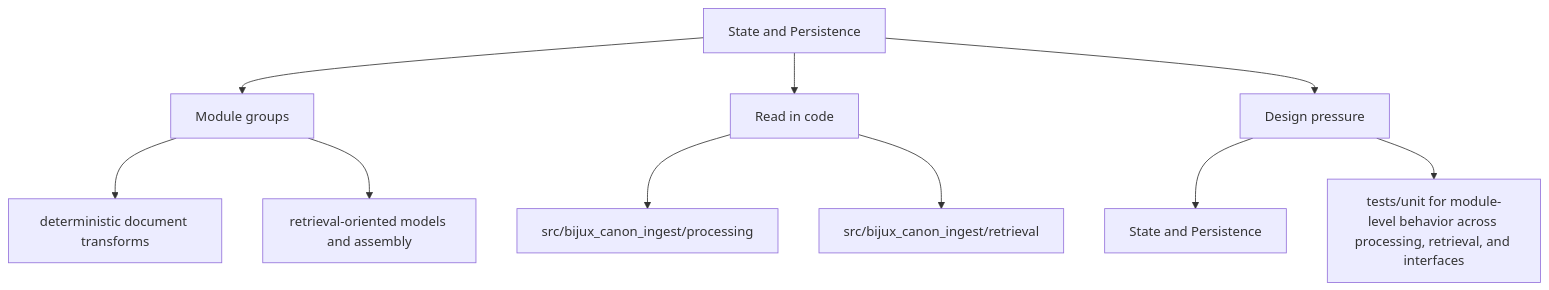
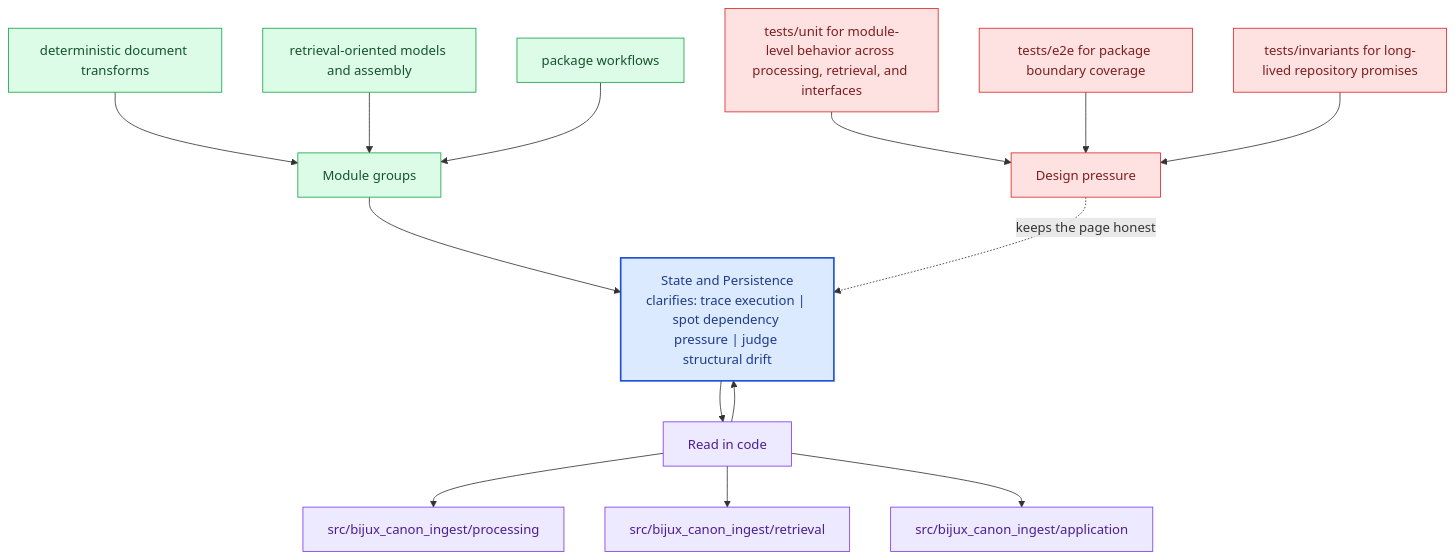
One commit to bijux/bijux-canon changed the second of 2 diagrams in docs/bijux-canon-ingest/architecture/state-and-persistence.md. Above: the diagram before and after it, drawn with Mermaid. The commit also changed other lines of this file and 281 other files, not shown here.

Commit message:
docs(diagrams): deepen handbook mermaid maps across the catalog

````diff
--- a/docs/bijux-canon-ingest/architecture/state-and-persistence.md
+++ b/docs/bijux-canon-ingest/architecture/state-and-persistence.md
@@ -35,22 +68,40 @@
 ```mermaid
-flowchart TD
-    page["State and Persistence"]
+flowchart TB
+    promise["State and Persistence<br/>clarifies: trace execution | spot dependency pressure | judge structural drift"]
+    classDef promise fill:#dbeafe,stroke:#1d4ed8,color:#1e3a8a,stroke-width:2px;
+    classDef driver fill:#dcfce7,stroke:#16a34a,color:#14532d;
+    classDef constraint fill:#fee2e2,stroke:#dc2626,color:#7f1d1d;
+    classDef ground fill:#ede9fe,stroke:#7c3aed,color:#4c1d95;
     focus1["Module groups"]
-    page --> focus1
+    focus1 --> promise
     focus1_1["deterministic document transforms"]
-    focus1 --> focus1_1
+    focus1_1 --> focus1
     focus1_2["retrieval-oriented models and assembly"]
-    focus1 --> focus1_2
+    focus1_2 --> focus1
+    focus1_3["package workflows"]
+    focus1_3 --> focus1
+    class focus1 driver;
+    class focus1_1,focus1_2,focus1_3 driver;
     focus2["Read in code"]
-    page --> focus2
+    focus2 --> promise
+    promise --> focus2
     focus2_1["src/bijux_canon_ingest/processing"]
     focus2 --> focus2_1
     focus2_2["src/bijux_canon_ingest/retrieval"]
     focus2 --> focus2_2
+    focus2_3["src/bijux_canon_ingest/application"]
+    focus2 --> focus2_3
+    class focus2 ground;
+    class focus2_1,focus2_2,focus2_3 ground;
     focus3["Design pressure"]
-    page --> focus3
-    focus3_1["State and Persistence"]
-    focus3 --> focus3_1
-    focus3_2["tests/unit for module-level behavior across processing, retrieval, and interfaces"]
-    focus3 --> focus3_2
+    focus3 -.keeps the page honest.-> promise
+    focus3_1["tests/unit for module-level behavior across processing, retrieval, and interfaces"]
+    focus3_1 --> focus3
+    focus3_2["tests/e2e for package boundary coverage"]
+    focus3_2 --> focus3
+    focus3_3["tests/invariants for long-lived repository promises"]
+    focus3_3 --> focus3
+    class focus3 constraint;
+    class focus3_1,focus3_2,focus3_3 constraint;
+    class promise promise;
 ```
````
